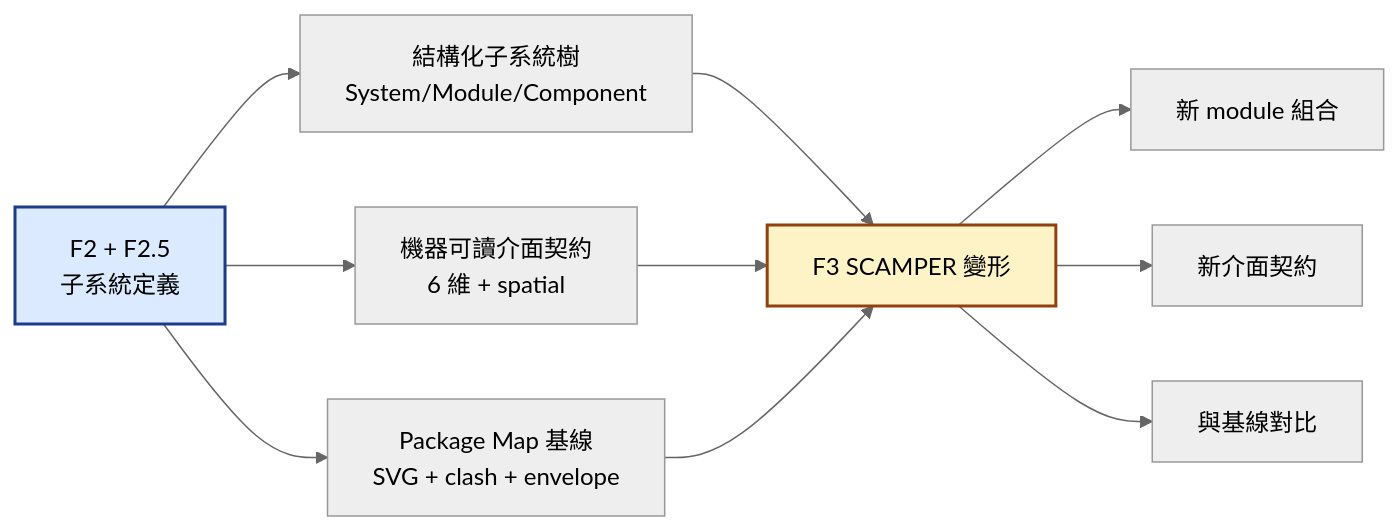
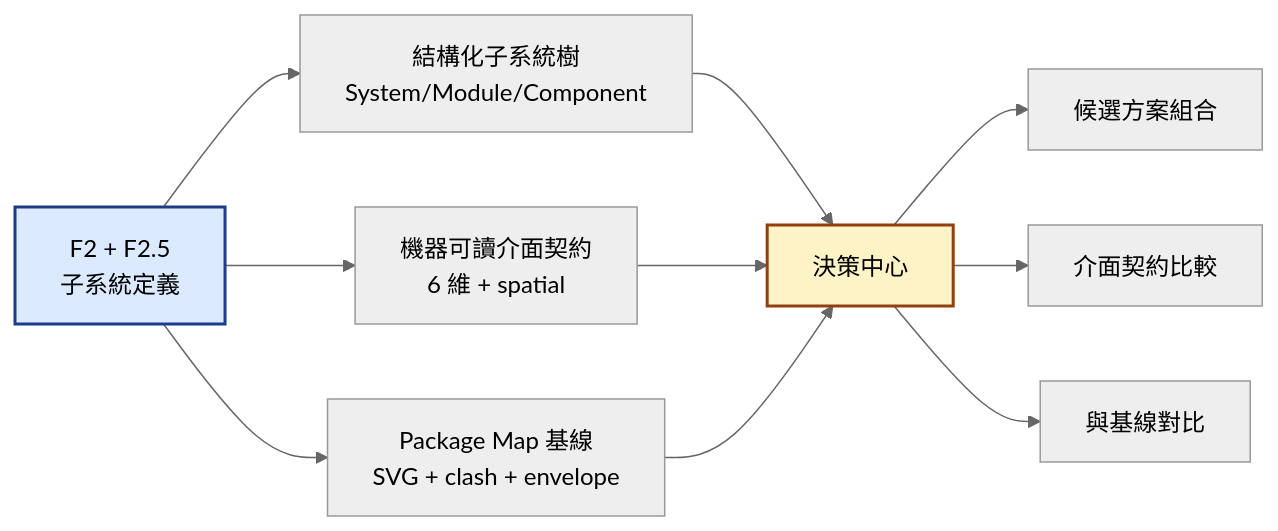
Before and after one commit to Zenobia0000/RD_copilot_system: diagram 22 of 26 in docs/01-define/diagrams/appendix-a--forward-subsystem-discovery.md, drawn with Mermaid. The commit also changed other lines of this file and 77 other files, not shown here.

````diff
--- a/docs/01-define/diagrams/appendix-a--forward-subsystem-discovery.md
+++ b/docs/01-define/diagrams/appendix-a--forward-subsystem-discovery.md
@@ -982,18 +984,18 @@
 ```mermaid
 %%{init: {'theme': 'neutral'}}%%
 graph LR
     F2[F2 + F2.5<br/>子系統定義] --> A[結構化子系統樹<br/>System/Module/Component]
     F2 --> B[機器可讀介面契約<br/>6 維 + spatial]
     F2 --> C[Package Map 基線<br/>SVG + clash + envelope]
 
-    A --> F3[F3 SCAMPER 變形]
-    B --> F3
-    C --> F3
+    A --> DH[決策中心]
+    B --> DH
+    C --> DH
 
-    F3 --> D[新 module 組合]
-    F3 --> E[新介面契約]
-    F3 --> Cmp[與基線對比]
+    DH --> D[候選方案組合]
+    DH --> E[介面契約比較]
+    DH --> Cmp[與基線對比]
 
     style F2 fill:#dbeafe,stroke:#1e3a8a,stroke-width:2px,color:#000
-    style F3 fill:#fef3c7,stroke:#92400e,stroke-width:2px,color:#000
+    style DH fill:#fef3c7,stroke:#92400e,stroke-width:2px,color:#000
 ```
````
